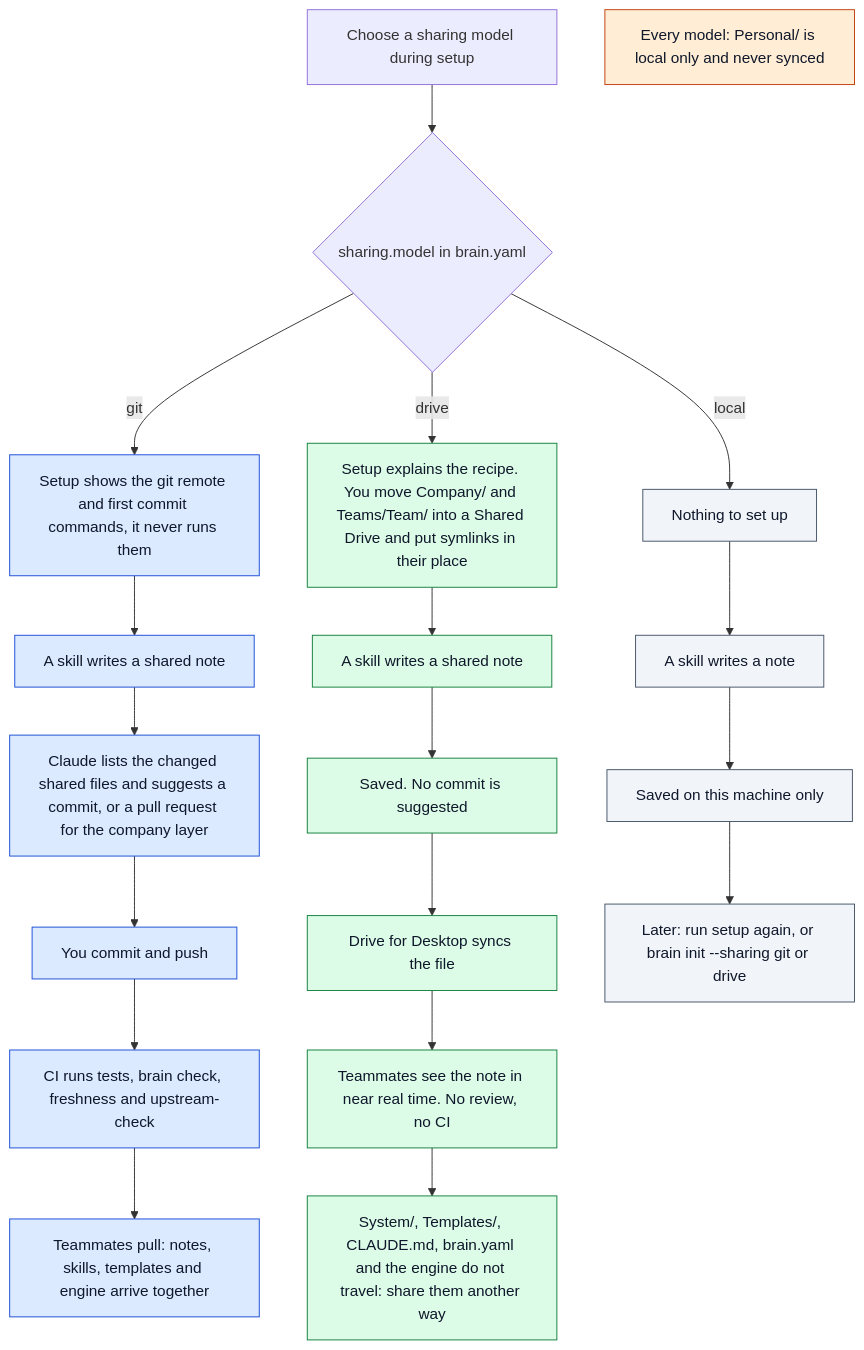
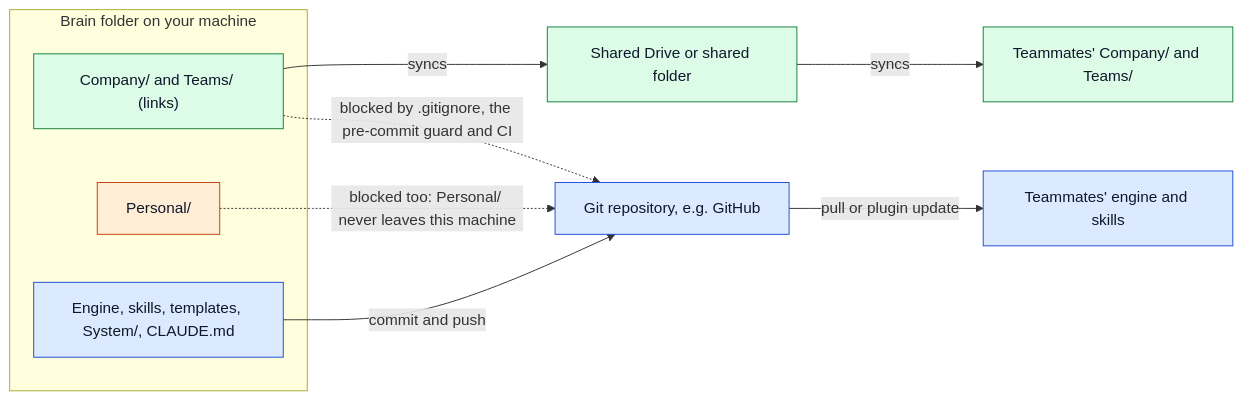
One commit to Anna-s-Consulting-Org/company-brain changed the diagram in .company-brain/scaffold/system/System/Sharing models.md. Above: the diagram before and after it, drawn with Mermaid. The commit also changed other lines of this file and 74 other files, not shown here.

First line of the commit message:
Separate the two channels: content through a shared folder, the system through git

````diff
--- a/.company-brain/scaffold/system/System/Sharing models.md
+++ b/.company-brain/scaffold/system/System/Sharing models.md
@@ -19,34 +28,21 @@
 ```mermaid
-flowchart TD
-    S["Choose a sharing model during setup"] --> M{"sharing.model in brain.yaml"}
+flowchart LR
+    subgraph Brain["Brain folder on your machine"]
+        C["Company/ and Teams/ (links)"]
+        P["Personal/"]
+        S["Engine, skills, templates, System/, CLAUDE.md"]
+    end
+    C -->|syncs| D["Shared Drive or shared folder"]
+    D -->|syncs| T1["Teammates' Company/ and Teams/"]
+    S -->|commit and push| G["Git repository, e.g. GitHub"]
+    G -->|pull or plugin update| T2["Teammates' engine and skills"]
+    C -.->|blocked by .gitignore, the pre-commit guard and CI| G
+    P -.->|blocked too: Personal/ never leaves this machine| G
 
-    M -->|git| G1["Setup shows the git remote and first commit commands, it never runs them"]
-    G1 --> G2["A skill writes a shared note"]
-    G2 --> G3["Claude lists the changed shared files and suggests a commit, or a pull request for the company layer"]
-    G3 --> G4["You commit and push"]
-    G4 --> G5["CI runs tests, brain check, freshness and upstream-check"]
-    G5 --> G6["Teammates pull: notes, skills, templates and engine arrive together"]
-
-    M -->|drive| D1["Setup explains the recipe. You move Company/ and Teams/Team/ into a Shared Drive and put symlinks in their place"]
-    D1 --> D2["A skill writes a shared note"]
-    D2 --> D3["Saved. No commit is suggested"]
-    D3 --> D4["Drive for Desktop syncs the file"]
-    D4 --> D5["Teammates see the note in near real time. No review, no CI"]
-    D5 --> D6["System/, Templates/, CLAUDE.md, brain.yaml and the engine do not travel: share them another way"]
-
-    M -->|local| L1["Nothing to set up"]
-    L1 --> L2["A skill writes a note"]
-    L2 --> L3["Saved on this machine only"]
-    L3 --> L4["Later: run setup again, or brain init --sharing git or drive"]
-
-    P["Every model: Personal/ is local only and never synced"]
-
-    classDef git fill:#dbeafe,stroke:#1d4ed8,color:#0f172a
-    classDef drive fill:#dcfce7,stroke:#15803d,color:#0f172a
-    classDef local fill:#f1f5f9,stroke:#475569,color:#0f172a
+    classDef content fill:#dcfce7,stroke:#15803d,color:#0f172a
+    classDef system fill:#dbeafe,stroke:#1d4ed8,color:#0f172a
     classDef personal fill:#ffedd5,stroke:#c2410c,color:#0f172a
-    class G1,G2,G3,G4,G5,G6 git
-    class D1,D2,D3,D4,D5,D6 drive
-    class L1,L2,L3,L4 local
+    class C,D,T1 content
+    class S,G,T2 system
     class P personal
 ```
````
